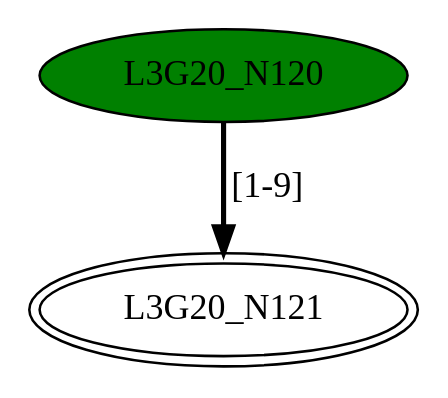
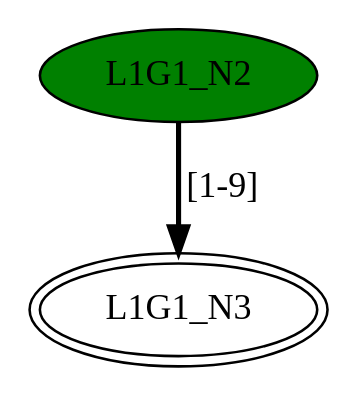
One commit to GDimitroulakos/EDUFLEX changed the diagram in DFASimulator/Testbench/BasicSet_[1-9].dot. Above: the diagram before and after it, drawn with Graphviz. The commit also changed 72 other files, not shown here.

```diff
--- a/DFASimulator/Testbench/BasicSet_[1-9].dot
+++ b/DFASimulator/Testbench/BasicSet_[1-9].dot
@@ -1,5 +1,5 @@
-digraph G20{
-"L3G20_N120" [style=filled,fillcolor=green];
-"L3G20_N121" [peripheries=2];
-"L3G20_N120"->"L3G20_N121" [style = bold, label = "[1-9]"];
+digraph G1{
+"L1G1_N2" [style=filled,fillcolor=green];
+"L1G1_N3" [peripheries=2];
+"L1G1_N2"->"L1G1_N3" [style = bold, label = "[1-9]"];
 }
```
